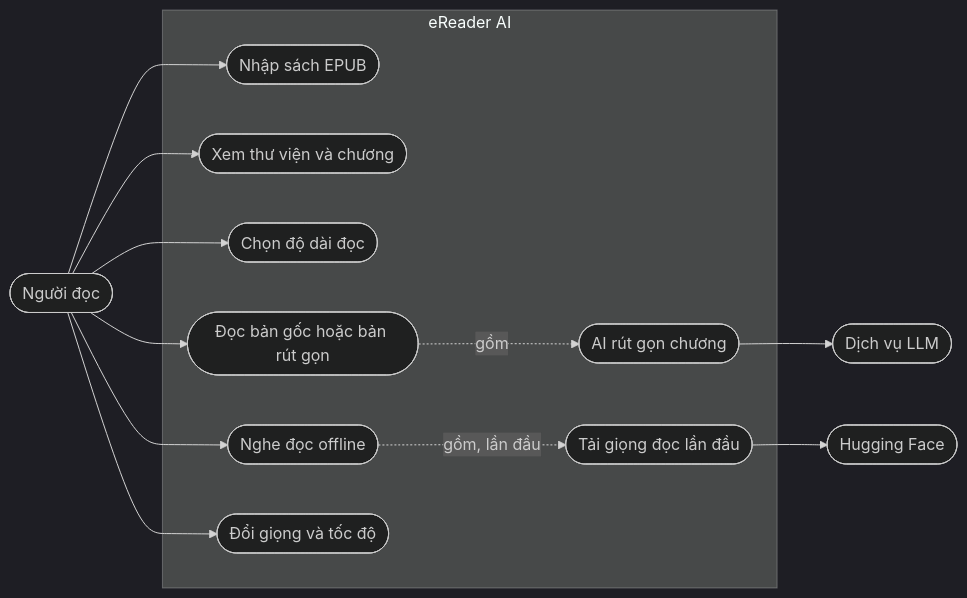
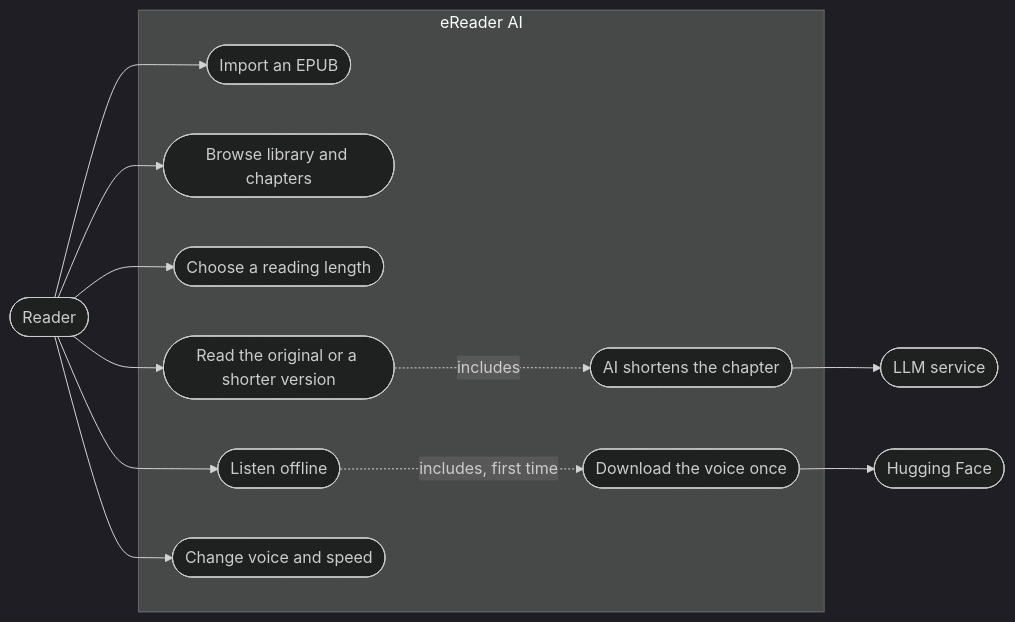
Before and after one commit to tinwritescode/ereader-ai: the first of 2 diagrams in README.md, drawn with Mermaid (dark theme). The commit also changed other lines of this file and 2 other files, not shown here.

````diff
--- a/README.md
+++ b/README.md
@@ -13,29 +15,29 @@
 ```mermaid
 flowchart LR
-    reader(["Người đọc"])
-    llm(["Dịch vụ LLM"])
+    reader(["Reader"])
+    llm(["LLM service"])
     hf(["Hugging Face"])
 
     subgraph app["eReader AI"]
-        import(["Nhập sách EPUB"])
-        browse(["Xem thư viện và chương"])
-        length(["Chọn độ dài đọc"])
-        read(["Đọc bản gốc hoặc bản rút gọn"])
-        shorten(["AI rút gọn chương"])
-        listen(["Nghe đọc offline"])
-        download(["Tải giọng đọc lần đầu"])
-        tune(["Đổi giọng và tốc độ"])
+        import(["Import an EPUB"])
+        browse(["Browse library and chapters"])
+        length(["Choose a reading length"])
+        read(["Read the original or a shorter version"])
+        shorten(["AI shortens the chapter"])
+        listen(["Listen offline"])
+        download(["Download the voice once"])
+        tune(["Change voice and speed"])
     end
 
     reader --> import
     reader --> browse
     reader --> length
     reader --> read
     reader --> listen
     reader --> tune
 
-    read -. "gồm" .-> shorten
-    listen -. "gồm, lần đầu" .-> download
+    read -. "includes" .-> shorten
+    listen -. "includes, first time" .-> download
     shorten --> llm
     download --> hf
 ```
````
